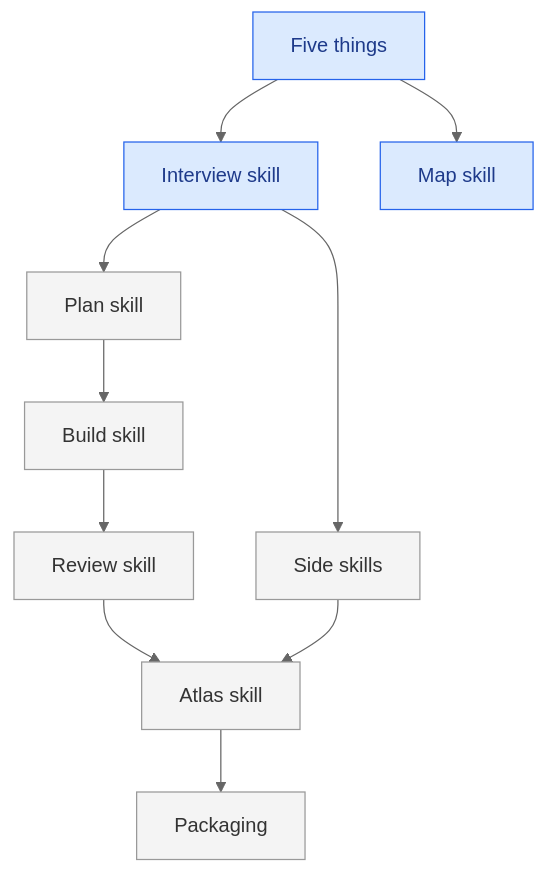
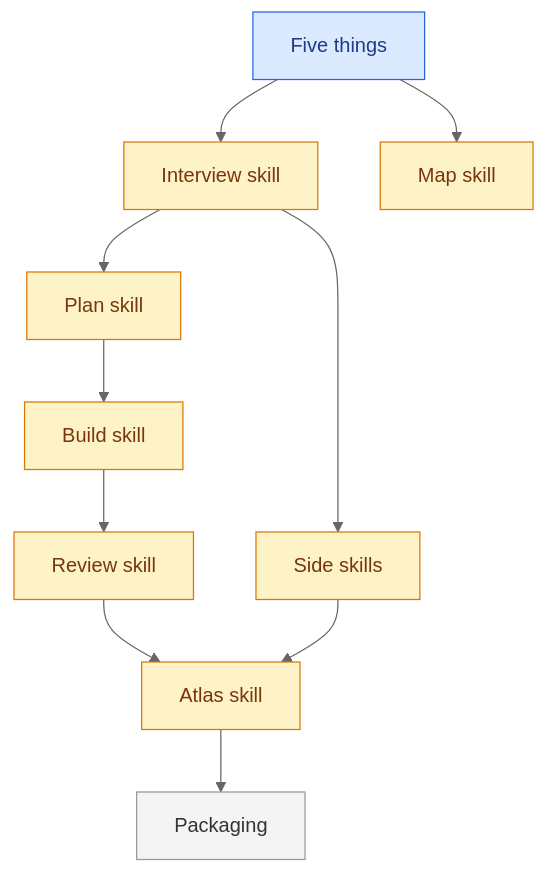
Before and after one commit to somethingdarkside1/atlas-skills: the diagram in MAP.md, drawn with Mermaid (neutral theme). The commit also changed other lines of this file and 4 other files, not shown here.

Commit message:
Docs and map for the written skills, and the handoff to the end-to-end test

````diff
--- a/MAP.md
+++ b/MAP.md
@@ -15,27 +15,27 @@
 ```mermaid
 flowchart TB
   classDef sketched fill:#f4f4f4,stroke:#999,color:#333
   classDef decided fill:#dbeafe,stroke:#2563eb,color:#1e3a8a
   classDef building fill:#fef3c7,stroke:#d97706,color:#78350f
   classDef done fill:#dcfce7,stroke:#16a34a,color:#14532d
 
   five-things["Five things"]:::decided
-  atlas-skill["Atlas skill"]:::sketched
-  interview-skill["Interview skill"]:::decided
-  map-skill["Map skill"]:::decided
-  plan-skill["Plan skill"]:::sketched
-  build-skill["Build skill"]:::sketched
-  review-skill["Review skill"]:::sketched
-  side-skills["Side skills"]:::sketched
+  atlas-skill["Atlas skill"]:::building
+  interview-skill["Interview skill"]:::building
+  map-skill["Map skill"]:::building
+  plan-skill["Plan skill"]:::building
+  build-skill["Build skill"]:::building
+  review-skill["Review skill"]:::building
+  side-skills["Side skills"]:::building
   packaging["Packaging"]:::sketched
 
   five-things --> interview-skill
   five-things --> map-skill
   interview-skill --> plan-skill
   plan-skill --> build-skill
   build-skill --> review-skill
   interview-skill --> side-skills
   review-skill --> atlas-skill
   side-skills --> atlas-skill
   atlas-skill --> packaging
 ```
````
